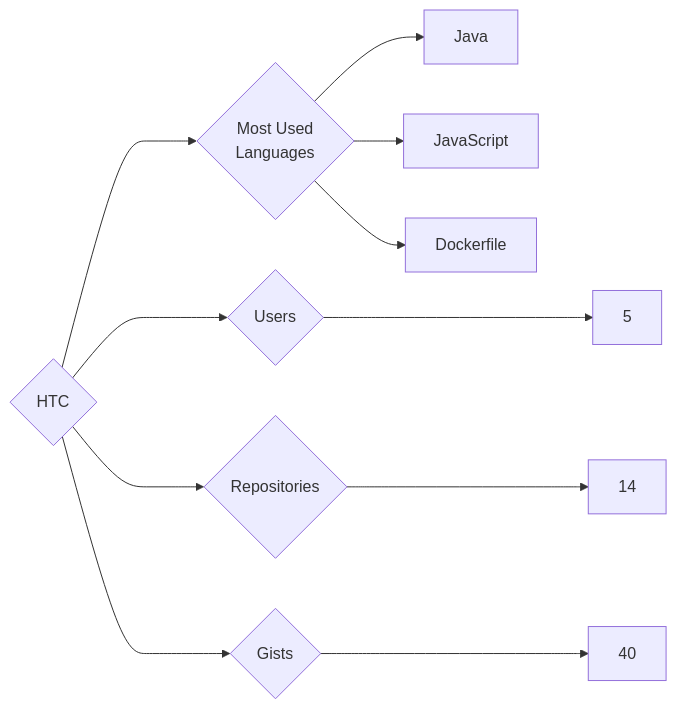
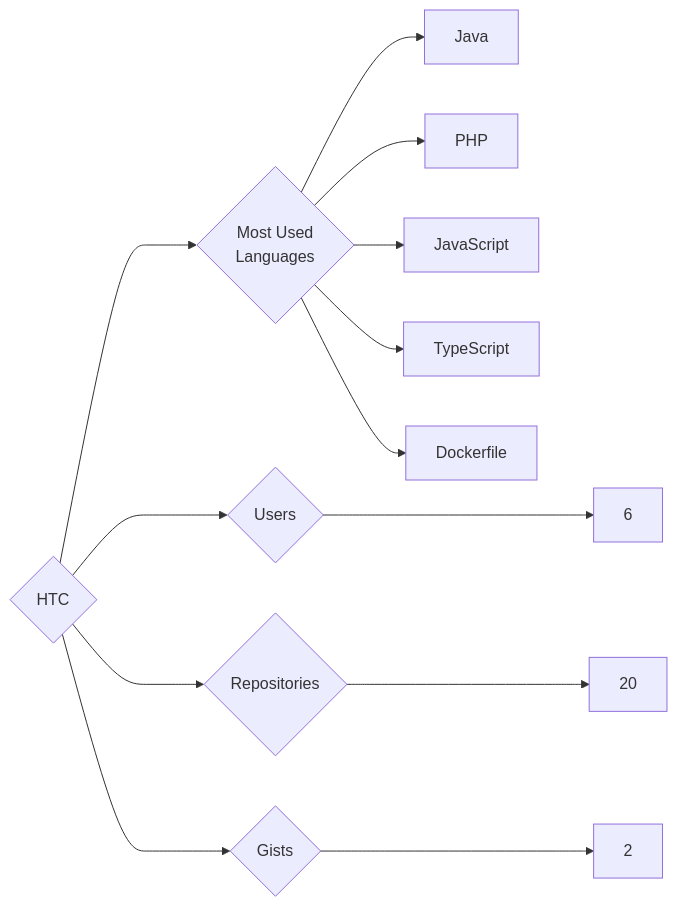
One commit to trickest/insiders changed the diagram in targets/HTC/README.md. Above: the diagram before and after it, drawn with Mermaid. The commit also changed 865 other files, not shown here.

````diff
--- a/targets/HTC/README.md
+++ b/targets/HTC/README.md
@@ -3,11 +3,13 @@
 ```mermaid
 graph LR
 COMPANY_NAME{HTC}
-COMPANY_NAME ---> U{Users} ---> UN[5]
-COMPANY_NAME ---> R{Repositories} ---> RN[14]
-COMPANY_NAME ---> G{Gists} ---> GN[40]
+COMPANY_NAME ---> U{Users} ---> UN[6]
+COMPANY_NAME ---> R{Repositories} ---> RN[20]
+COMPANY_NAME ---> G{Gists} ---> GN[2]
 COMPANY_NAME ---> ML{Most Used<br>Languages}
 ML --> Java[Java]
+ML --> PHP[PHP]
 ML --> JavaScript[JavaScript]
+ML --> TypeScript[TypeScript]
 ML --> Dockerfile[Dockerfile]
 ```
````
